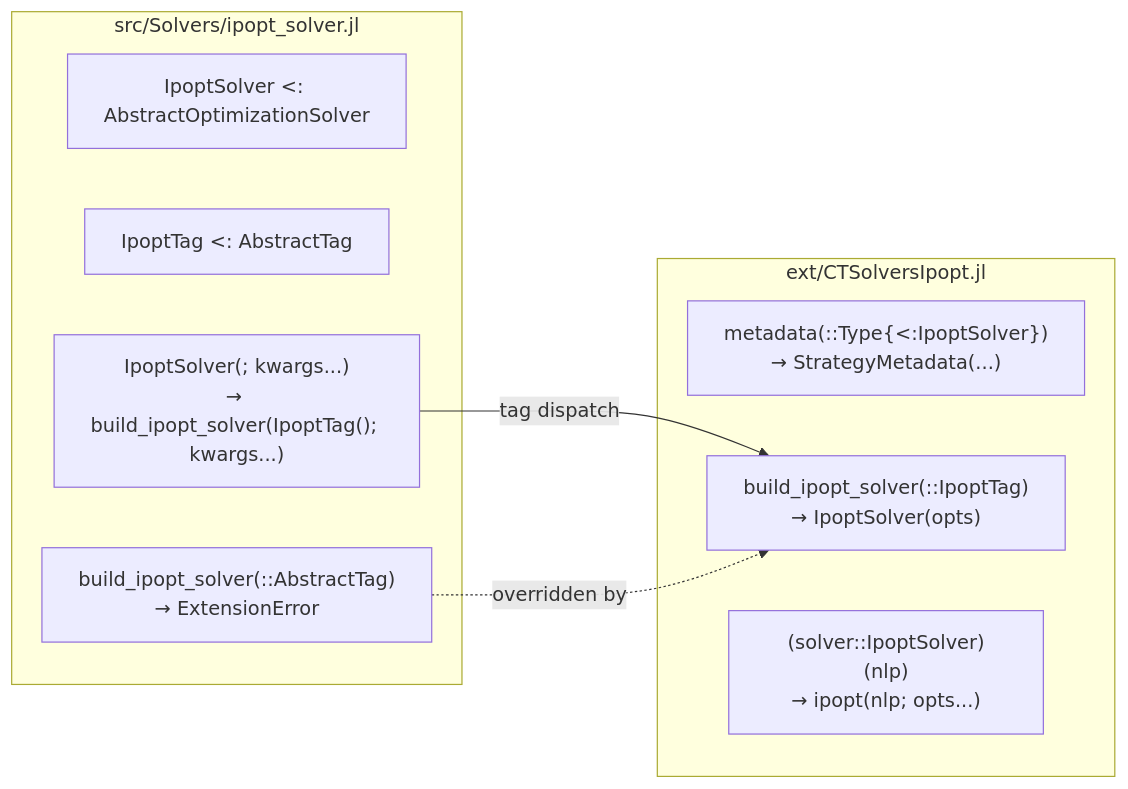
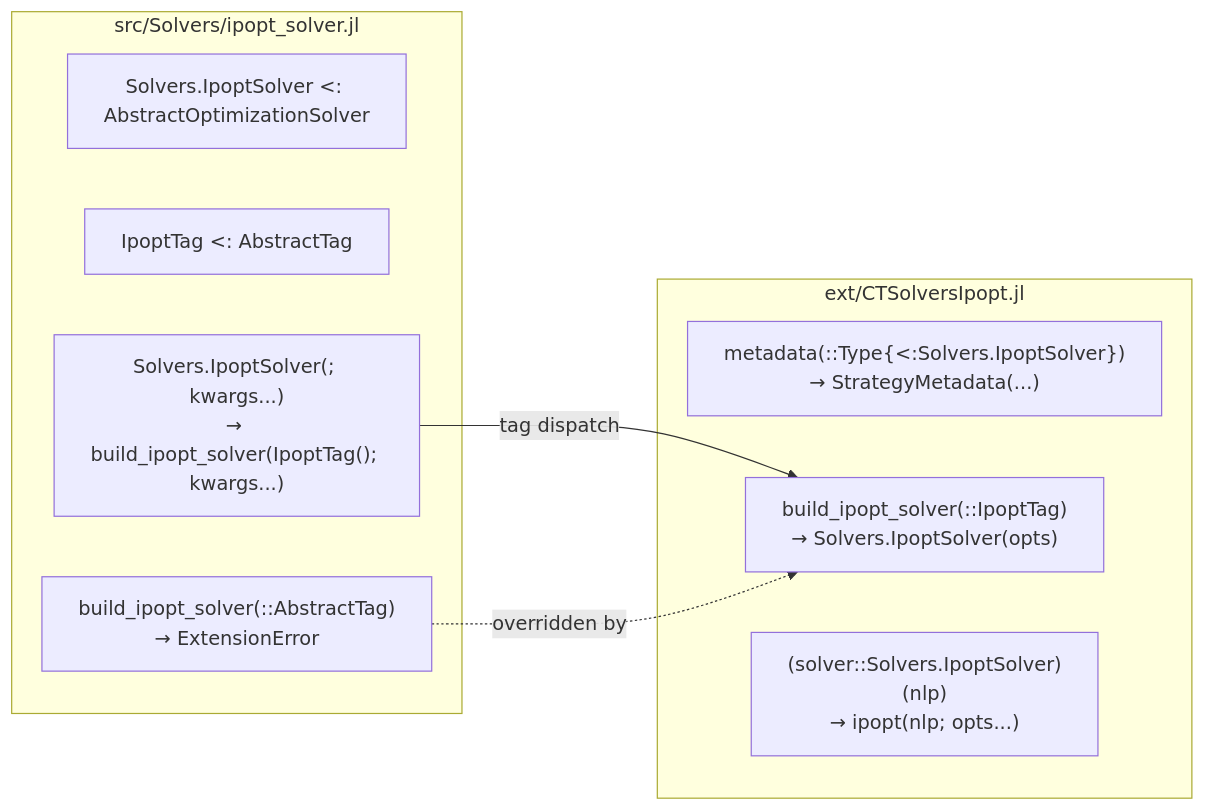
One commit to control-toolbox/CTSolvers.jl changed the second of 3 diagrams in docs/src/guides/implementing_a_solver.md. Above: the diagram before and after it, drawn with Mermaid. The commit also changed other lines of this file and 27 other files, not shown here.

````diff
--- a/docs/src/guides/implementing_a_solver.md
+++ b/docs/src/guides/implementing_a_solver.md
@@ -114,18 +114,18 @@
 ```mermaid
 flowchart LR
     subgraph src["src/Solvers/ipopt_solver.jl"]
-        Type["IpoptSolver <: AbstractOptimizationSolver"]
+        Type["Solvers.IpoptSolver <: AbstractOptimizationSolver"]
         Tag["IpoptTag <: AbstractTag"]
-        Ctor["IpoptSolver(; kwargs...)\n→ build_ipopt_solver(IpoptTag(); kwargs...)"]
+        Ctor["Solvers.IpoptSolver(; kwargs...)\n→ build_ipopt_solver(IpoptTag(); kwargs...)"]
         Stub["build_ipopt_solver(::AbstractTag)\n→ ExtensionError"]
     end
 
     subgraph ext["ext/CTSolversIpopt.jl"]
-        Meta["metadata(::Type{<:IpoptSolver})\n→ StrategyMetadata(...)"]
-        Build["build_ipopt_solver(::IpoptTag)\n→ IpoptSolver(opts)"]
-        Call["(solver::IpoptSolver)(nlp)\n→ ipopt(nlp; opts...)"]
+        Meta["metadata(::Type{<:Solvers.IpoptSolver})\n→ StrategyMetadata(...)"]
+        Build["build_ipopt_solver(::IpoptTag)\n→ Solvers.IpoptSolver(opts)"]
+        Call["(solver::Solvers.IpoptSolver)(nlp)\n→ ipopt(nlp; opts...)"]
     end
 
     Ctor -->|"tag dispatch"| Build
     Stub -.->|"overridden by"| Build
 ```
````
